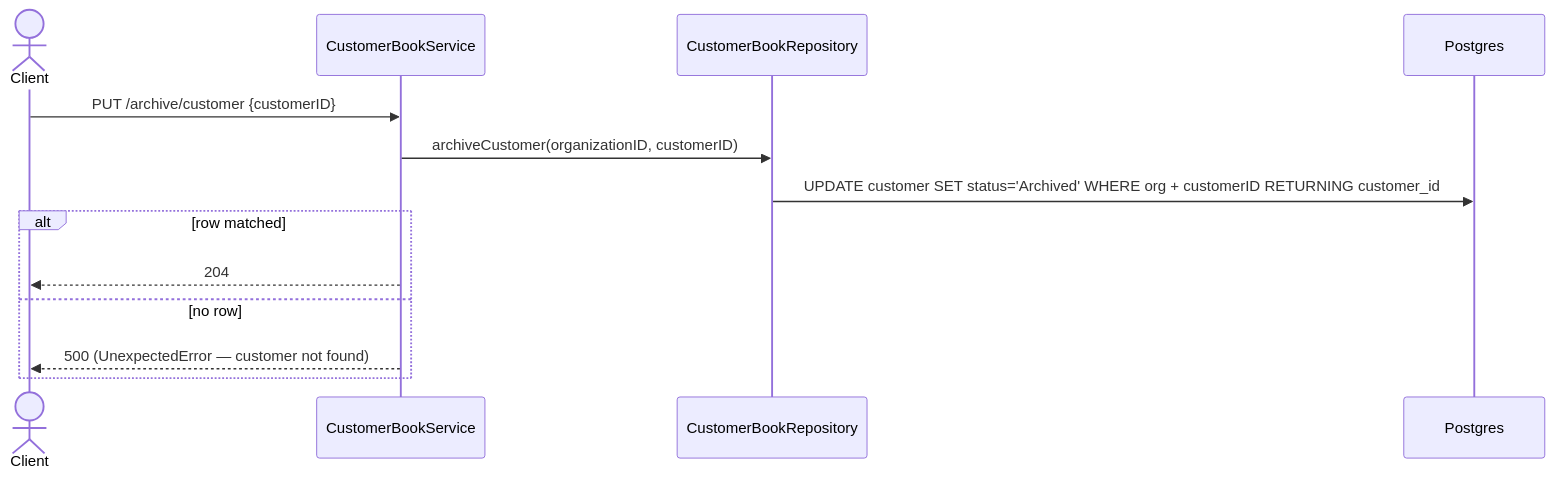
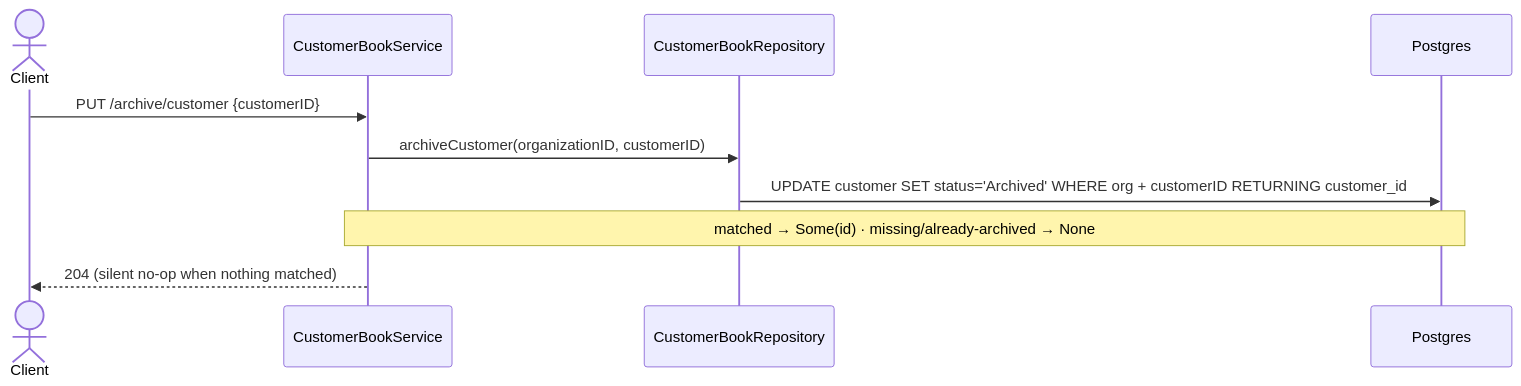
The fifth of 5 diagrams in docs-claude/features/customer-book.md (mesazon-org/app), drawn with Mermaid before and after one commit. The commit also changed other lines of this file and 6 other files, not shown here.

````diff
--- a/docs-claude/features/customer-book.md
+++ b/docs-claude/features/customer-book.md
@@ -207,16 +210,13 @@
 ```mermaid
 sequenceDiagram
     actor Client
     participant SVC as CustomerBookService
     participant Repo as CustomerBookRepository
     participant DB as Postgres
 
     Client->>SVC: PUT /archive/customer {customerID}
     SVC->>Repo: archiveCustomer(organizationID, customerID)
     Repo->>DB: UPDATE customer SET status='Archived' WHERE org + customerID RETURNING customer_id
-    alt row matched
-        SVC-->>Client: 204
-    else no row
-        SVC-->>Client: 500 (UnexpectedError — customer not found)
-    end
+    Note over SVC,DB: matched → Some(id) · missing/already-archived → None
+    SVC-->>Client: 204 (silent no-op when nothing matched)
 ```
````
